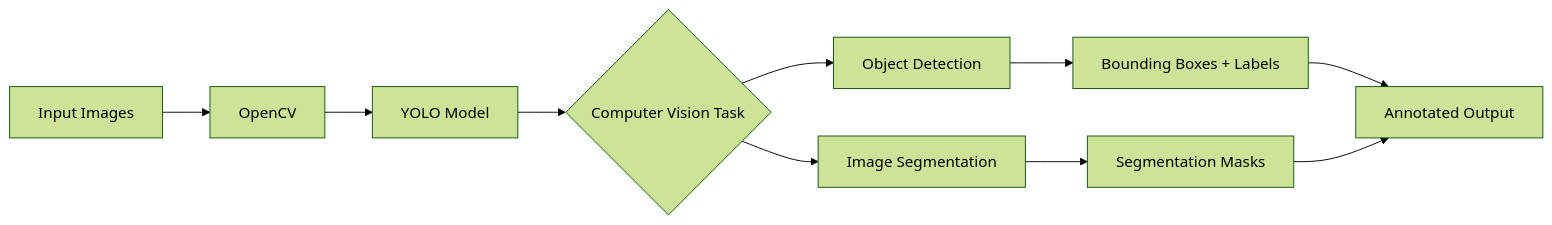
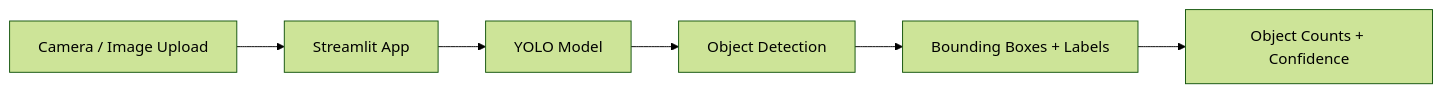
The diagram in README.md (kumarakshay7/computer-vision-yolo), drawn with Mermaid (forest theme) before and after one commit. The commit also changed other lines of this file, not shown here.

Commit message:
Document Streamlit camera detection app

````diff
--- a/README.md
+++ b/README.md
@@ -40,12 +49,8 @@
 ```mermaid
 flowchart LR
-    A[Input Images] --> B[OpenCV]
+    A[Camera / Image Upload] --> B[Streamlit App]
     B --> C[YOLO Model]
-    C --> D{Computer Vision Task}
-    D --> E[Object Detection]
-    D --> F[Image Segmentation]
-    E --> G[Bounding Boxes + Labels]
-    F --> H[Segmentation Masks]
-    G --> I[Annotated Output]
-    H --> I
+    C --> D[Object Detection]
+    D --> E[Bounding Boxes + Labels]
+    E --> F[Object Counts + Confidence]
 ```
````
